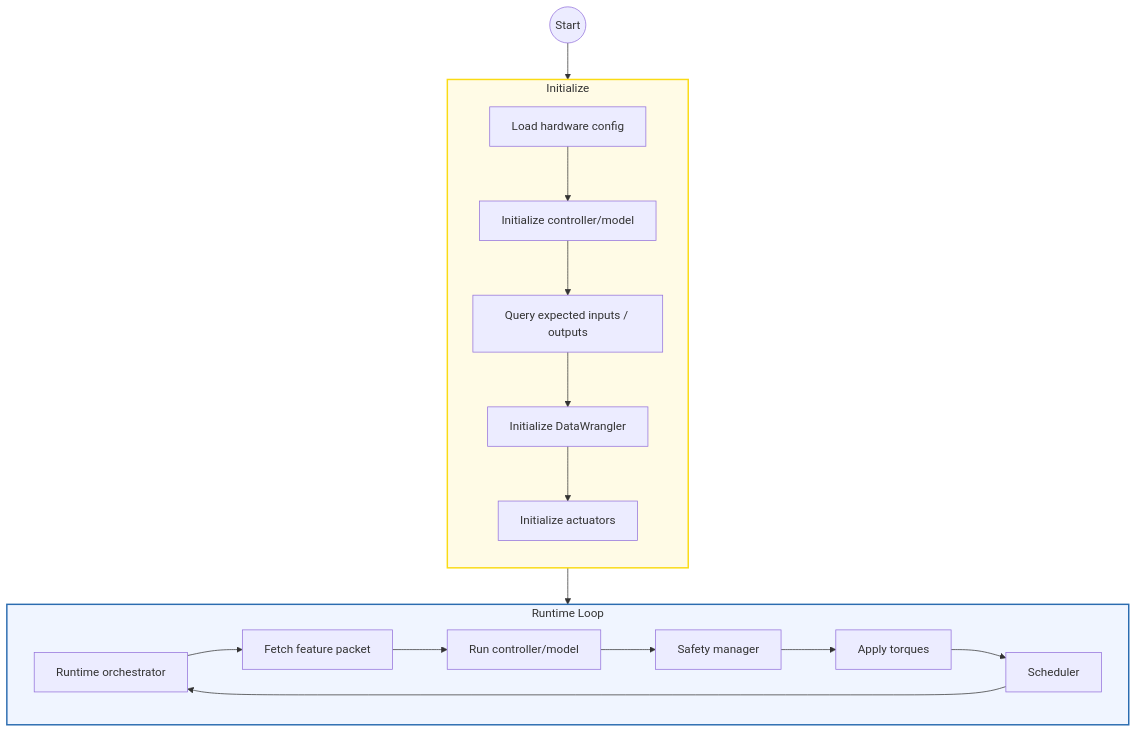
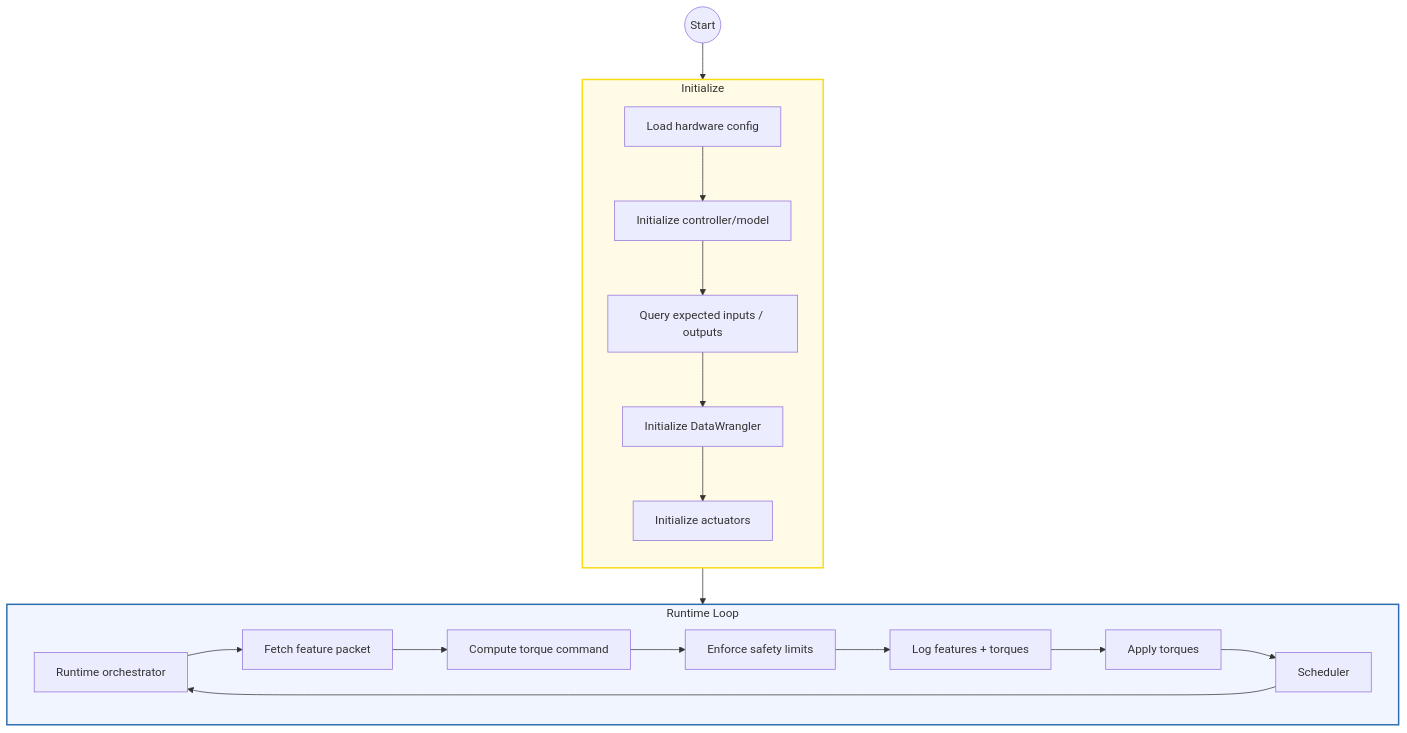
Before and after one commit to jmontp/raspberry-pi-controller-runtime: the first of 6 diagrams in docs/architecture.md, drawn with Mermaid. The commit also changed other lines of this file, not shown here.

Commit message:
docs: expand architecture documentation

````diff
--- a/docs/architecture.md
+++ b/docs/architecture.md
@@ -22,25 +22,26 @@
 ```mermaid
 flowchart TD
     start((Start)) --> I0["Load hardware config"]
     subgraph Init ["Initialize"]
         direction TB
         I0 --> I1["Initialize controller/model"]
         I1 --> I2["Query expected inputs / outputs"]
         I2 --> I3["Initialize DataWrangler"]
         I3 --> I4["Initialize actuators"]
     end
     style Init fill:#fffbe6,stroke:#fadb14,stroke-width:2px
 
     subgraph RuntimeLoop ["Runtime Loop"]
         direction LR
         R0["Runtime orchestrator"] --> R1["Fetch feature packet"]
-        R1 --> R2["Run controller/model"]
-        R2 --> R3["Safety manager"]
-        R3 --> R4["Apply torques"]
+        R1 --> R2["Compute torque command"]
+        R2 --> R3["Enforce safety limits"]
+        R3 --> Rlog["Log features + torques"]
+        Rlog --> R4["Apply torques"]
         R4 --> T["Scheduler"]
         T --> R0
     end
     style RuntimeLoop fill:#f0f5ff,stroke:#2b6cb0,stroke-width:2px
 
     I4 --> R0
 ```
````
